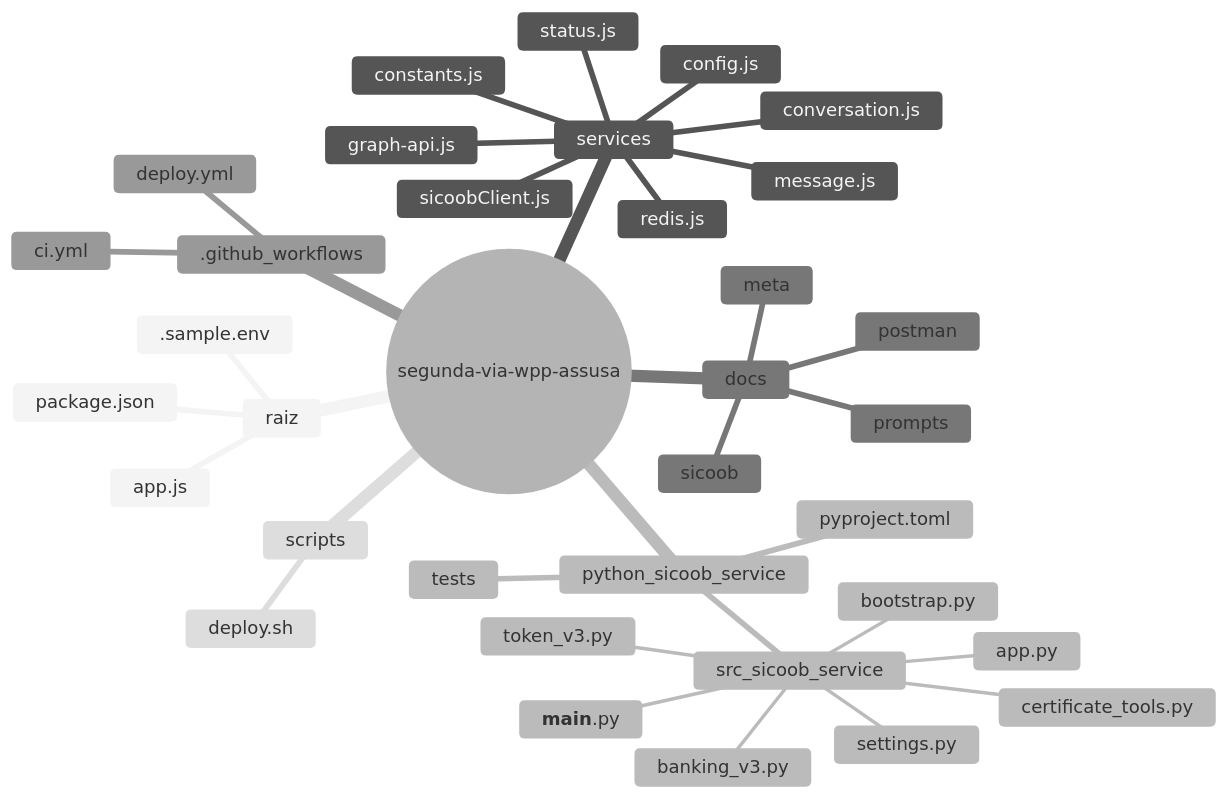
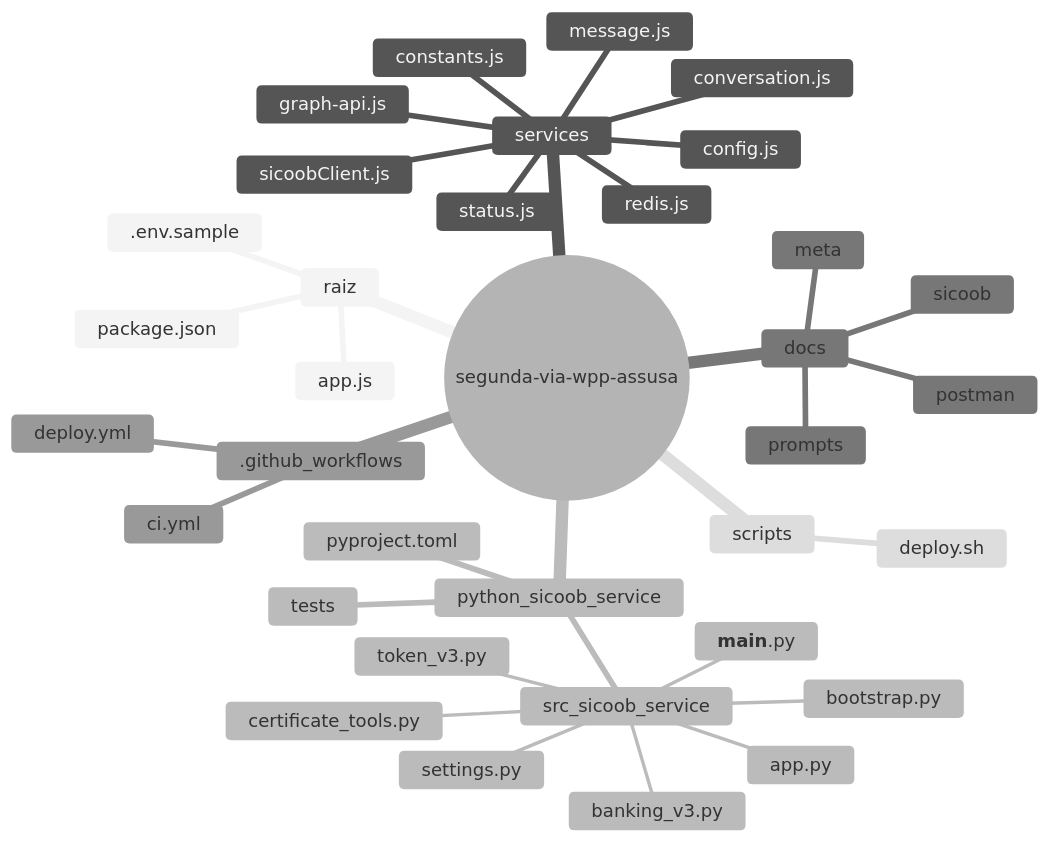
Before and after one commit to joaovianaamr/Assusa: the first of 3 diagrams in docs/ARCHITECTURE.md, drawn with Mermaid (neutral theme). The commit also changed other lines of this file and 5 other files, not shown here.

````diff
--- a/docs/ARCHITECTURE.md
+++ b/docs/ARCHITECTURE.md
@@ -9,38 +12,38 @@
 ```mermaid
 mindmap
   root((segunda-via-wpp-assusa))
     raiz
       package.json
       app.js
-      .sample.env
+      .env.sample
     services
       config.js
       constants.js
       conversation.js
       graph-api.js
       message.js
       status.js
       redis.js
       sicoobClient.js
     python_sicoob_service
       pyproject.toml
       src_sicoob_service
         app.py
         bootstrap.py
         settings.py
         banking_v3.py
         token_v3.py
         certificate_tools.py
         __main__.py
       tests
     docs
       meta
       sicoob
       postman
       prompts
     .github_workflows
       ci.yml
       deploy.yml
     scripts
       deploy.sh
 ```
````
